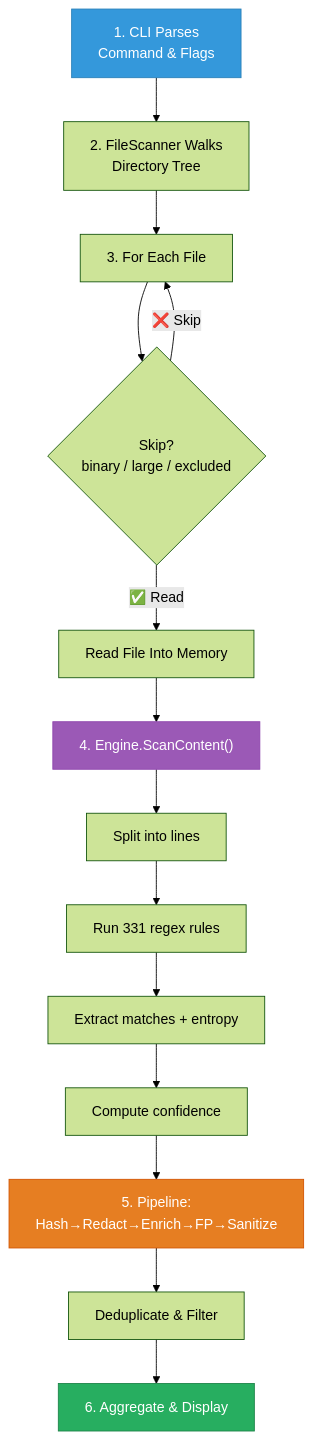
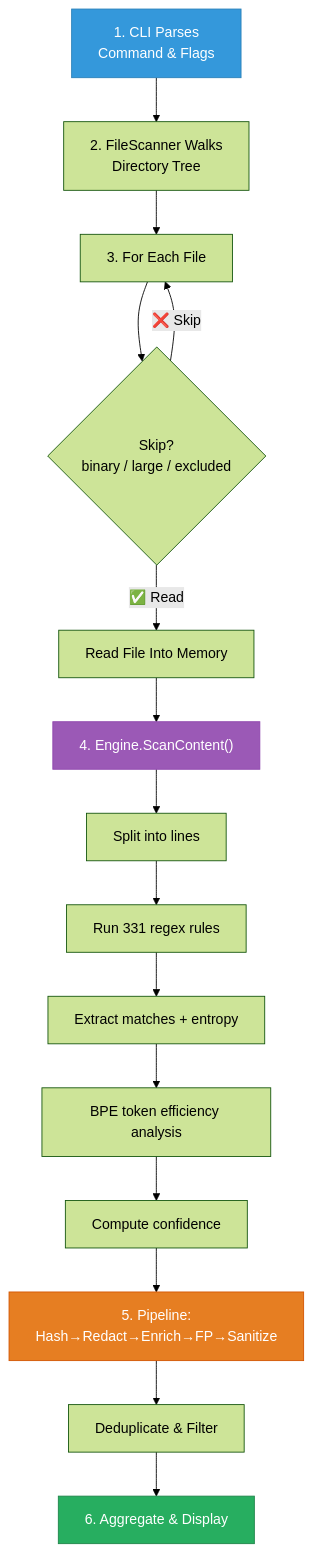
Before and after one commit to svemulapati/CredVigil: diagram 26 of 40 in docs/training/01-core-detection-engine.md, drawn with Mermaid (forest theme). The commit also changed other lines of this file and 8 other files, not shown here.

````diff
--- a/docs/training/01-core-detection-engine.md
+++ b/docs/training/01-core-detection-engine.md
@@ -1351,20 +1427,21 @@
 ```mermaid
 flowchart TD
     A["1. CLI Parses\nCommand & Flags"] --> B["2. FileScanner Walks\nDirectory Tree"]
     B --> C["3. For Each File"]
     C --> D{"Skip?\nbinary / large / excluded"}
     D -->|"❌ Skip"| C
     D -->|"✅ Read"| E["Read File Into Memory"]
     E --> F["4. Engine.ScanContent()"]
     F --> G["Split into lines"]
     G --> H["Run 331 regex rules"]
     H --> I["Extract matches + entropy"]
-    I --> J["Compute confidence"]
-    J --> K["5. Pipeline:\nHash→Redact→Enrich→FP→Sanitize"]
-    K --> L["Deduplicate & Filter"]
-    L --> M["6. Aggregate & Display"]
+    I --> J["BPE token efficiency analysis"]
+    J --> K["Compute confidence"]
+    K --> L["5. Pipeline:\nHash→Redact→Enrich→FP→Sanitize"]
+    L --> M["Deduplicate & Filter"]
+    M --> N["6. Aggregate & Display"]
     style A fill:#3498DB,stroke:#2980B9,color:#fff
     style F fill:#9B59B6,stroke:#8E44AD,color:#fff
-    style K fill:#E67E22,stroke:#D35400,color:#fff
-    style M fill:#27AE60,stroke:#1E8449,color:#fff
+    style L fill:#E67E22,stroke:#D35400,color:#fff
+    style N fill:#27AE60,stroke:#1E8449,color:#fff
 ```
````
